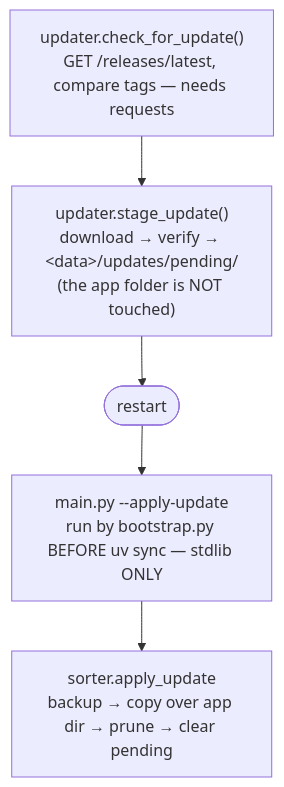
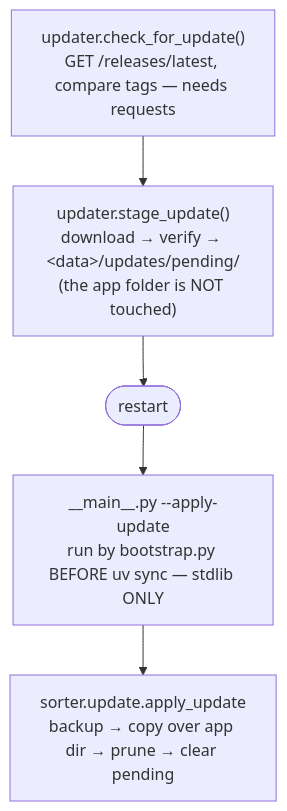
Before and after one commit to sjseth/AI-Case-Sorter-Py: the second of 2 diagrams in CLAUDE.md, drawn with Mermaid. The commit also changed other lines of this file and 103 other files, not shown here.

````diff
--- a/CLAUDE.md
+++ b/CLAUDE.md
@@ -602,10 +651,10 @@
 ```mermaid
 flowchart TD
     A["updater.check_for_update()<br/>GET /releases/latest, compare tags — needs requests"]
     B["updater.stage_update()<br/>download → verify → &lt;data&gt;/updates/pending/<br/>(the app folder is NOT touched)"]
     C(["restart"])
-    D["main.py --apply-update<br/>run by bootstrap.py BEFORE uv sync — stdlib ONLY"]
-    E["sorter.apply_update<br/>backup → copy over app dir → prune → clear pending"]
+    D["__main__.py --apply-update<br/>run by bootstrap.py BEFORE uv sync — stdlib ONLY"]
+    E["sorter.update.apply_update<br/>backup → copy over app dir → prune → clear pending"]
 
     A --> B --> C --> D --> E
 ```
````
